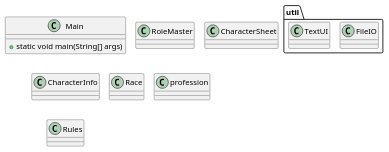
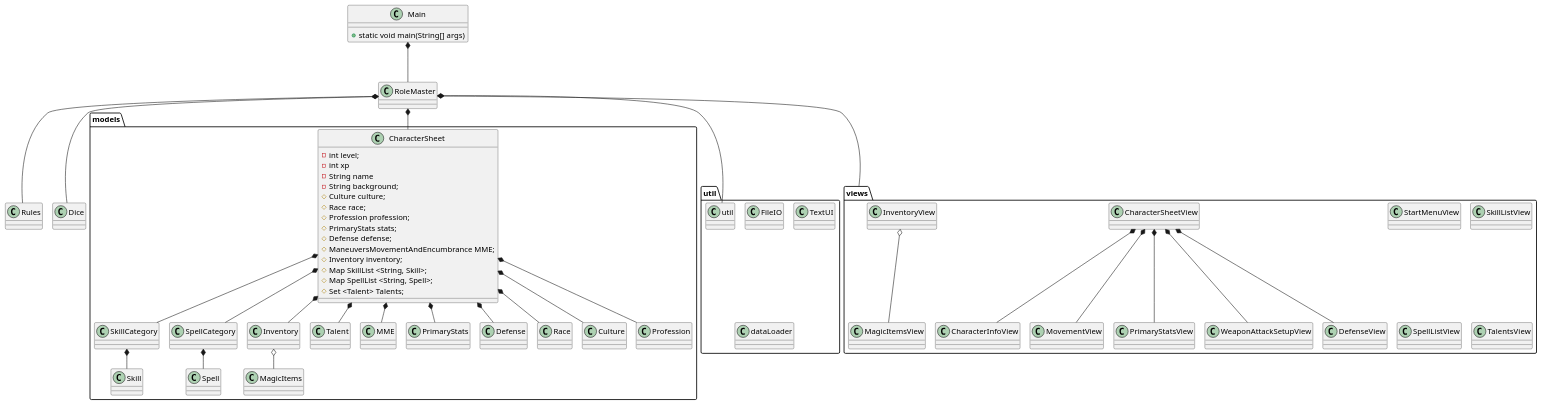
The diagram in Docs/ClassDiagram.puml (Falcho/ICE), drawn with PlantUML before and after one commit.

Commit message:
Klassediagram v1

```diff
--- a/Docs/ClassDiagram.puml
+++ b/Docs/ClassDiagram.puml
@@ -1,34 +1,95 @@
 @startuml
 'https://plantuml.com/class-diagram
 !pragma layout smetana
 
 
 Class Main{
 +static void main(String[] args)
 }
 
 
+Class RoleMaster{}
 
-Class RoleMaster{
+Class Rules{}
+Class Dice{}
 
+package views{
+Class StartMenuView{}
+Class CharacterSheetView{}
+Class CharacterInfoView{}
+Class SkillListView{}
+Class SpellListView{}
+Class InventoryView{}
+Class TalentsView{}
+Class MovementView{}
+Class PrimaryStatsView{}
+Class WeaponAttackSetupView{}
+Class DefenseView{}
+Class MagicItemsView{}
 }
-Class CharacterSheet
+CharacterSheetView *-- CharacterInfoView
+CharacterSheetView *-- PrimaryStatsView
+CharacterSheetView *-- MovementView
+CharacterSheetView *-- WeaponAttackSetupView
+CharacterSheetView *-- DefenseView
+InventoryView o-- MagicItemsView
 
-Class CharacterInfo
+package models{
+Class CharacterSheet{
+- int level;
+- int xp
+- String name
+- String background;
+# Culture culture;
+# Race race;
+# Profession profession;
+# PrimaryStats stats;
+# Defense defense;
+# ManeuversMovementAndEncumbrance MME;
+# Inventory inventory;
+# Map SkillList <String, Skill>;
+# Map SpellList <String, Spell>;
+# Set <Talent> Talents;
+}
+Class Skill{}
+Class SkillCategory{}
+Class Spell{}
+Class SpellCategory{}
+Class Inventory{}
+Class Talent{}
+Class MME{}
+Class PrimaryStats{}
+Class Defense{}
+Class MagicItems{}
+Class Race{}
+Class Culture{}
+Class Profession{}
+}
 
-Class Race
-
-Class profession
-
-
-Class Rules
-
+CharacterSheet *-- PrimaryStats
+CharacterSheet *-- MME
+CharacterSheet *-- Defense
+Inventory o-- MagicItems
+CharacterSheet *-- Talent
+CharacterSheet *-- SkillCategory
+SkillCategory *-- Skill
+CharacterSheet *-- SpellCategory
+SpellCategory *-- Spell
+CharacterSheet *-- Inventory
+CharacterSheet *-- Race
+CharacterSheet *-- Culture
+CharacterSheet *-- Profession
 
 
 package util {
-    Class FileIO{
-}
-Class TextUI{
-}
+    Class FileIO{}
+    Class TextUI{}
+    Class dataLoader{}
 
+Main *--- RoleMaster
+RoleMaster *-- CharacterSheet
+RoleMaster *-- views
+RoleMaster *-- Dice
+RoleMaster *-- util
+RoleMaster *-- Rules
 @enduml
```
